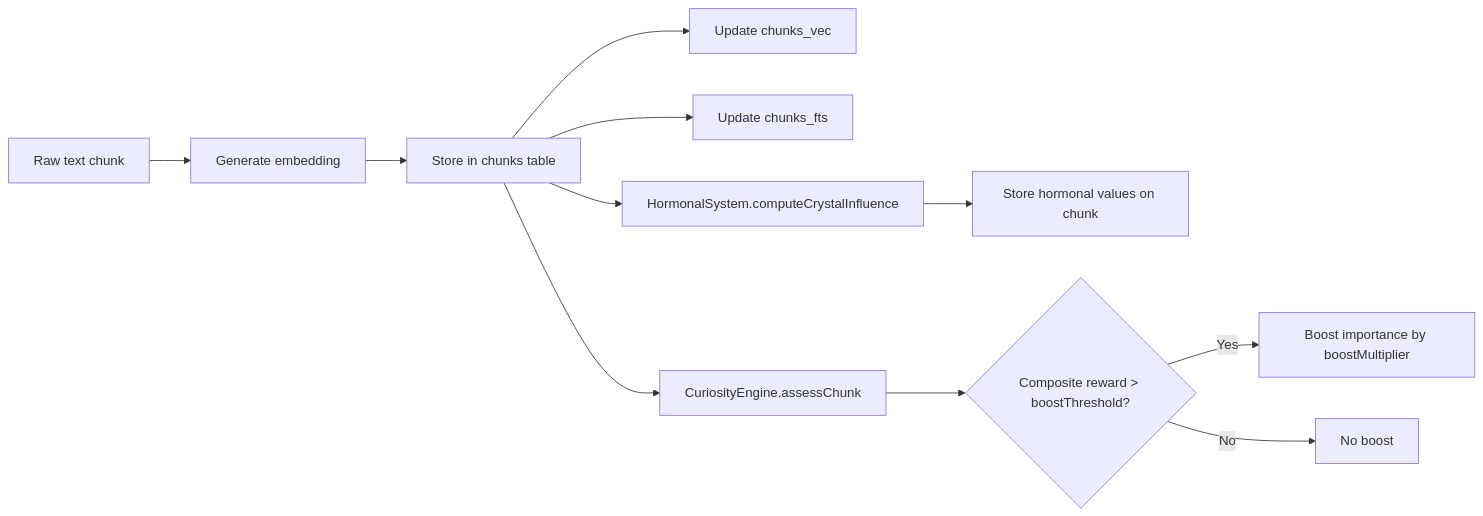
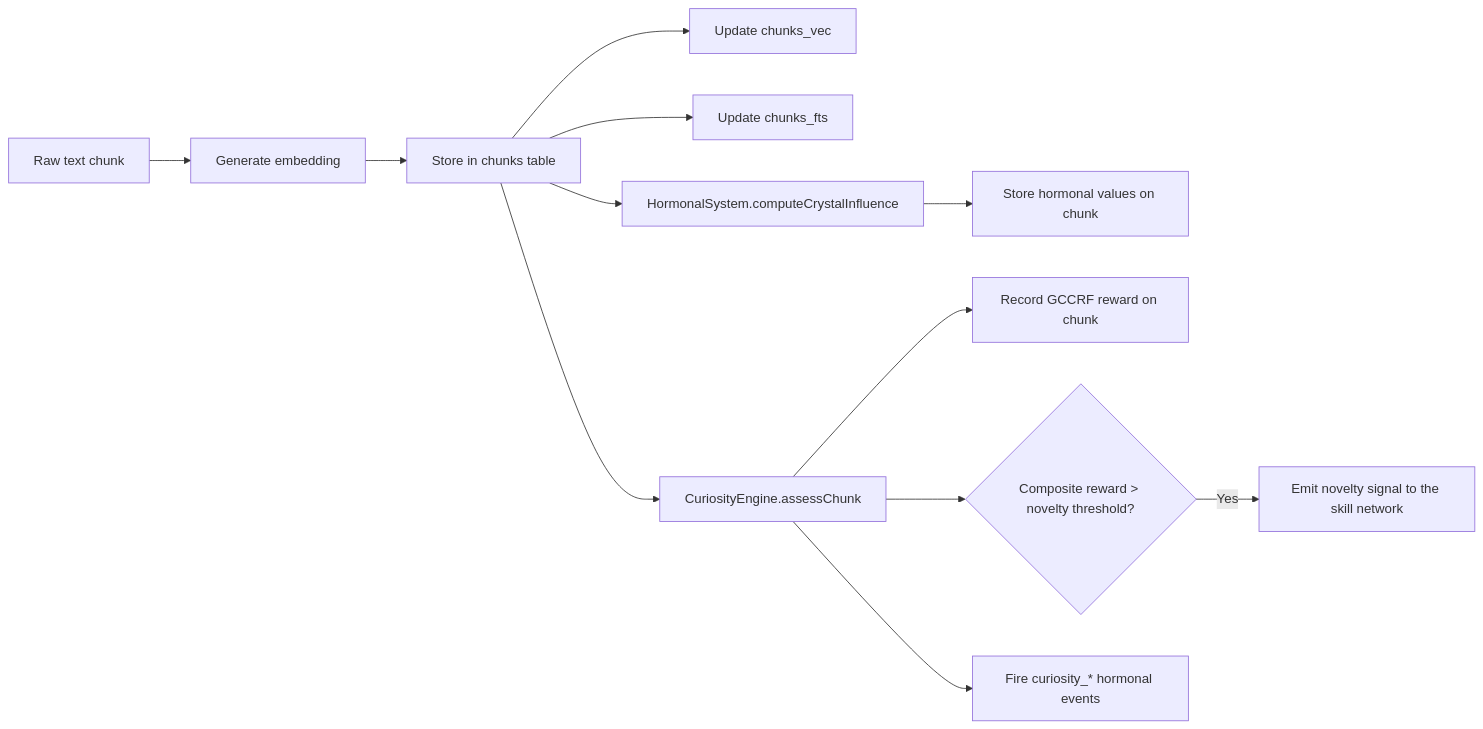
Before and after one commit to Bitterbot-AI/bitterbot-desktop: the second of 2 diagrams in docs/memory/knowledge-crystals.md, drawn with Mermaid. The commit also changed other lines of this file and 17 other files, not shown here.

````diff
--- a/docs/memory/knowledge-crystals.md
+++ b/docs/memory/knowledge-crystals.md
@@ -350,13 +378,14 @@
 ```mermaid
 flowchart LR
     A[Raw text chunk] --> B[Generate embedding]
     B --> C[Store in chunks table]
     C --> D[Update chunks_vec]
     C --> E[Update chunks_fts]
     C --> F[HormonalSystem.computeCrystalInfluence]
     F --> G[Store hormonal values on chunk]
     C --> H[CuriosityEngine.assessChunk]
-    H --> I{Composite reward > boostThreshold?}
-    I -->|Yes| J[Boost importance by boostMultiplier]
-    I -->|No| K[No boost]
+    H --> I[Record GCCRF reward on chunk]
+    H --> J{Composite reward > novelty threshold?}
+    J -->|Yes| K[Emit novelty signal to the skill network]
+    H --> L[Fire curiosity_* hormonal events]
 ```
````
